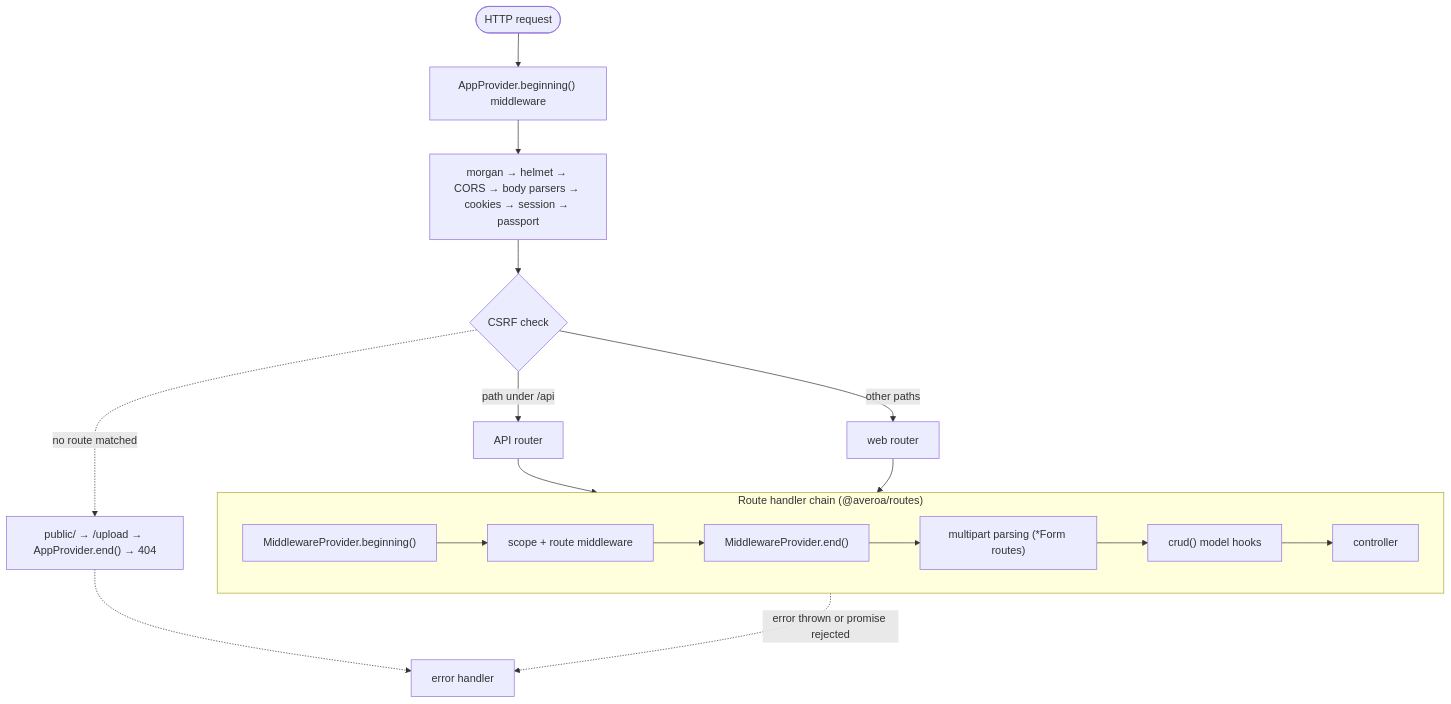
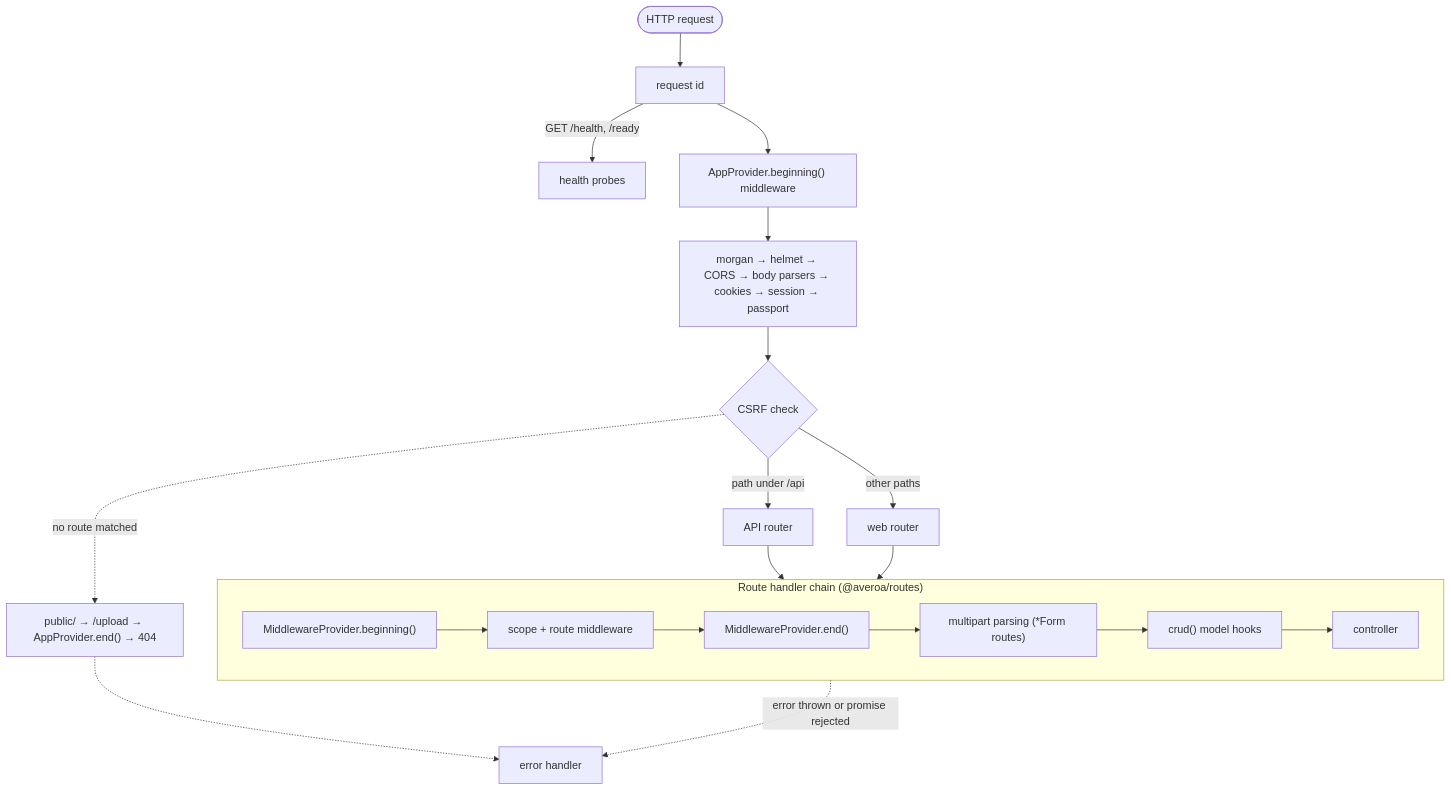
One commit to budiherma1/averoajs changed the diagram in README.md. Above: the diagram before and after it, drawn with Mermaid. The commit also changed other lines of this file and 3 other files, not shown here.

First line of the commit message:
Observability: health probes, request IDs and structured logging settings

````diff
--- a/README.md
+++ b/README.md
@@ -259,17 +261,19 @@
 ```mermaid
 flowchart TD
-  req(["HTTP request"]) --> early["AppProvider.beginning() middleware"]
+  req(["HTTP request"]) --> rid["request id"]
+  rid -->|"GET /health, /ready"| probe["health probes"]
+  rid --> early["AppProvider.beginning() middleware"]
   early --> base["morgan → helmet → CORS → body parsers → cookies → session → passport"]
   base --> csrf{"CSRF check"}
   csrf -->|"path under /api"| api["API router"]
   csrf -->|"other paths"| web["web router"]
   subgraph chain ["Route handler chain (@averoa/routes)"]
     direction LR
     g1["MiddlewareProvider.beginning()"] --> rm["scope + route middleware"] --> g2["MiddlewareProvider.end()"] --> mp["multipart parsing (*Form routes)"] --> hooks["crud() model hooks"] --> ctrl["controller"]
   end
   api --> chain
   web --> chain
   csrf -.->|"no route matched"| stat["public/ → /upload → AppProvider.end() → 404"]
   ctrl -.->|"error thrown or promise rejected"| err["error handler"]
   stat -.-> err
 ```
````
